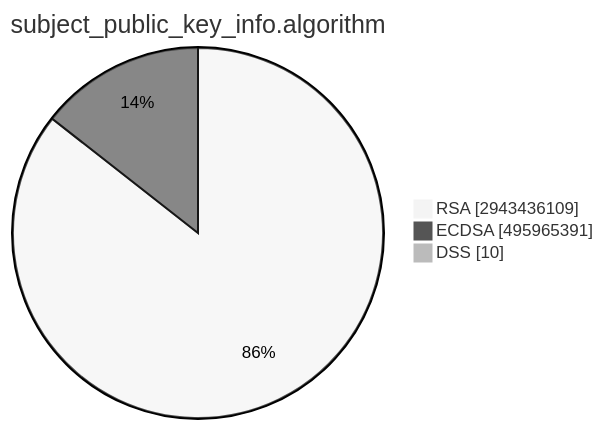
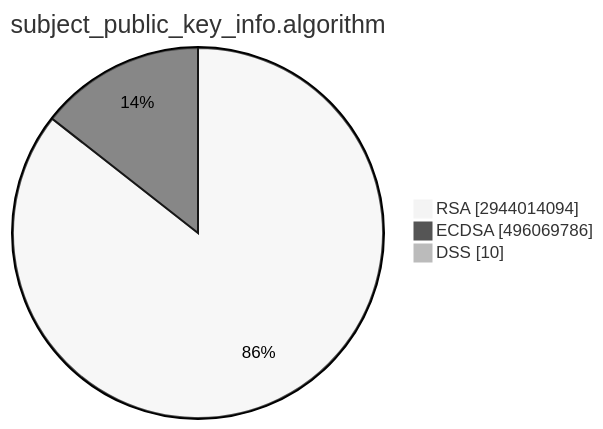
The second of 15 diagrams in TOTAL/README.md (christiankrug/ctmonitor_visualization), drawn with Mermaid (neutral theme) before and after one commit. The commit also changed other lines of this file, not shown here.

````diff
--- a/TOTAL/README.md
+++ b/TOTAL/README.md
@@ -6,7 +6,7 @@
 ```mermaid
 pie showData
 title subject_public_key_info.algorithm
-"RSA" :2943436109
-"ECDSA" :495965391
+"RSA" :2944014094
+"ECDSA" :496069786
 "DSS" :10
 ```
````
